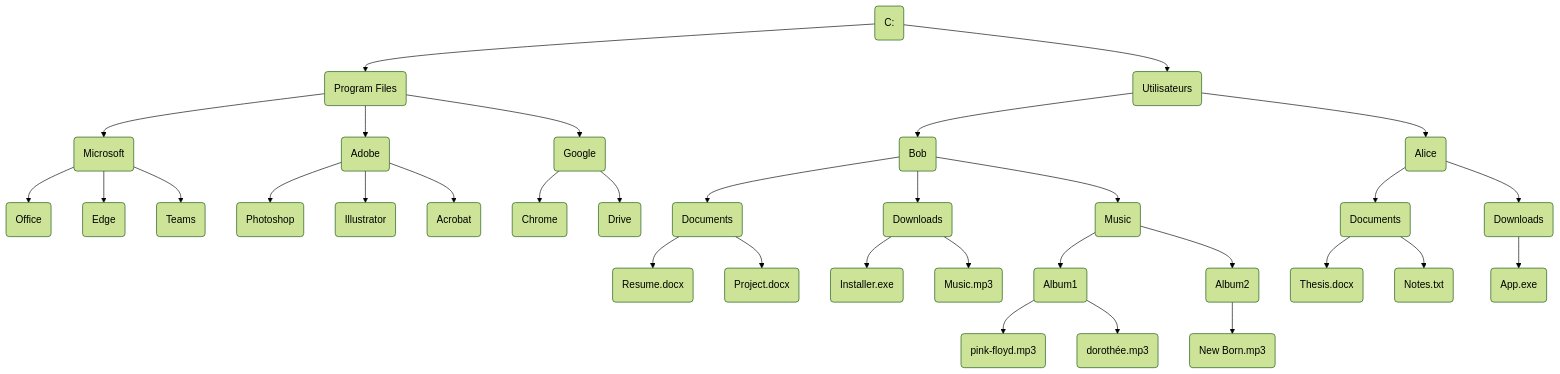
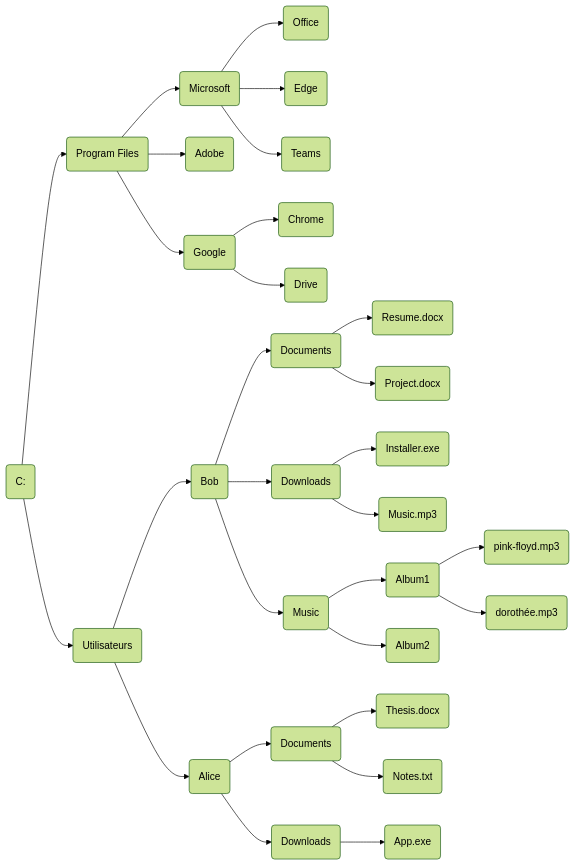
One commit to heig-tin-info/handbook changed the first of 6 diagrams in docs/content/data-structures/trees.md. Above: the diagram before and after it, drawn with Mermaid (forest theme). The commit also changed other lines of this file and 26 other files, not shown here.

````diff
--- a/docs/content/data-structures/trees.md
+++ b/docs/content/data-structures/trees.md
@@ -11,51 +11,45 @@
 ```mermaid
-graph TD;
+graph LR;
     C(C:)
 
     C --> Program_Files(Program Files)
     C --> Users(Utilisateurs)
 
     Program_Files --> Microsoft(Microsoft)
     Program_Files --> Adobe(Adobe)
     Program_Files --> Google(Google)
 
     Microsoft --> Office(Office)
     Microsoft --> Edge(Edge)
     Microsoft --> Teams(Teams)
-
-    Adobe --> Photoshop(Photoshop)
-    Adobe --> Illustrator(Illustrator)
-    Adobe --> Acrobat(Acrobat)
 
     Google --> Chrome(Chrome)
     Google --> Drive(Drive)
 
     Users --> Bob(Bob)
     Users --> Alice(Alice)
 
     Bob --> Documents(Documents)
     Bob --> Downloads(Downloads)
     Bob --> Music(Music)
 
     Alice --> Documents_Alice(Documents)
     Alice --> Downloads_Alice(Downloads)
 
     Documents --> Resume(Resume.docx)
     Documents --> Project(Project.docx)
 
     Downloads --> Installer(Installer.exe)
     Downloads --> Music_Bob(Music.mp3)
 
     Music --> Album1(Album1)
     Music --> Album2(Album2)
 
     Album1 --> Song1(pink-floyd.mp3)
     Album1 --> Song2(dorothée.mp3)
 
-    Album2 --> Song3(New Born.mp3)
-
     Documents_Alice --> Thesis(Thesis.docx)
     Documents_Alice --> Notes(Notes.txt)
 
     Downloads_Alice --> App(App.exe)
 ```
````
